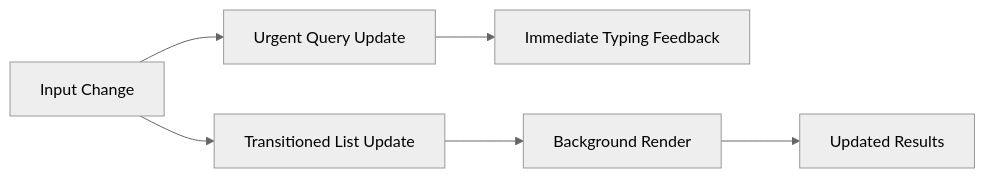
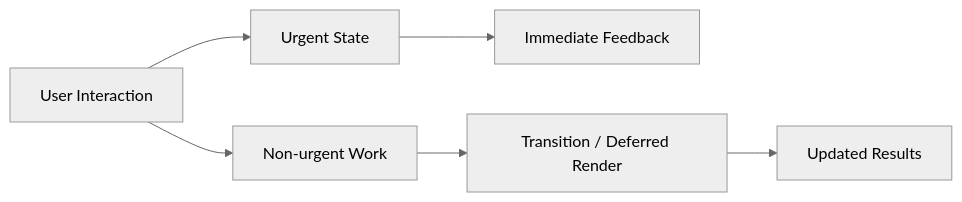
The diagram in tutorial-platform/public/tutorials/react/day-063-concurrent-features.md (kaushalkumar8459/CodingTerminal-Tutorial-Notes), drawn with Mermaid (neutral theme) before and after one commit. The commit also changed other lines of this file, not shown here.

````diff
--- a/tutorial-platform/public/tutorials/react/day-063-concurrent-features.md
+++ b/tutorial-platform/public/tutorials/react/day-063-concurrent-features.md
@@ -181,8 +287,8 @@
 ```mermaid
 flowchart LR
-		A[Input Change] --> B[Urgent Query Update]
-		A --> C[Transitioned List Update]
-		B --> D[Immediate Typing Feedback]
-		C --> E[Background Render]
+		A[User Interaction] --> B[Urgent State]
+		A --> C[Non-urgent Work]
+		B --> D[Immediate Feedback]
+		C --> E[Transition / Deferred Render]
 		E --> F[Updated Results]
 ```
````
